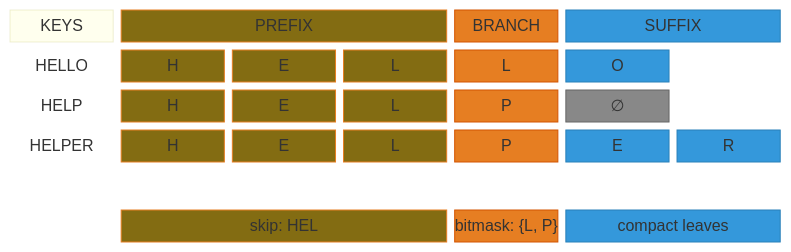
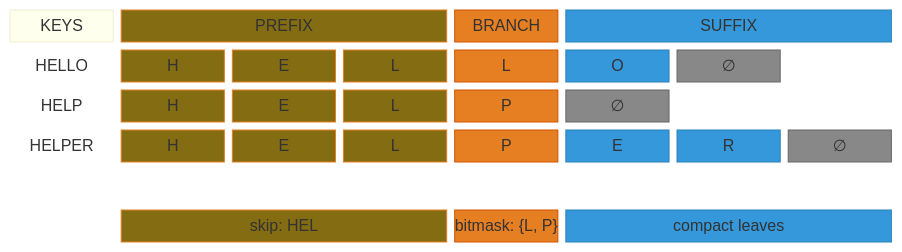
One commit to glennteitelbaum/KTRIE changed the fourth of 21 diagrams in ktrie.md. Above: the diagram before and after it, drawn with Mermaid. The commit also changed other lines of this file, not shown here.

````diff
--- a/ktrie.md
+++ b/ktrie.md
@@ -569,79 +569,82 @@
 ```mermaid
 block
-  columns 7
+  columns 8
 
   block:keys_lbl["KEYS"]:1
     space
   end
   block:pfx_lbl["PREFIX"]:3
     space
   end
   block:br_lbl["BRANCH"]:1
     space
   end
-  block:sfx_lbl["SUFFIX"]:2
+  block:sfx_lbl["SUFFIX"]:3
     space
   end
 
   block:k1_lbl["HELLO"]:1
     space
   end
-  h1["H"] e1["E"] l1["L"] b1["L"] s1_0["O"] s1_1[" "]
+  h1["H"] e1["E"] l1["L"] b1["L"] s1_0["O"] s1_1["∅"] s1_2[" "]
 
   block:k2_lbl["HELP"]:1
     space
   end
-  h2["H"] e2["E"] l2["L"] b2["P"] s2_0["∅"] s2_1[" "]
+  h2["H"] e2["E"] l2["L"] b2["P"] s2_0["∅"] s2_1[" "] s2_2[" "]
 
   block:k3_lbl["HELPER"]:1
     space
   end
-  h3["H"] e3["E"] l3["L"] b3["P"] s3_0["E"] s3_1["R"]
+  h3["H"] e3["E"] l3["L"] b3["P"] s3_0["E"] s3_1["R"] s3_2["∅"]
 
-  space:7
+  space:8
 
   block:struct_lbl[" "]:1
     space
   end
   block:skip_node["skip: HEL"]:3
     space
   end
   block:bm_node["bitmask: {L, P}"]:1
     space
   end
-  block:leaf_node["compact leaves"]:2
+  block:leaf_node["compact leaves"]:3
     space
   end
 
   style h1 fill:#836c12,color:#fff,stroke:#e67e22
   style e1 fill:#836c12,color:#fff,stroke:#e67e22
   style l1 fill:#836c12,color:#fff,stroke:#e67e22
   style b1 fill:#e67e22,color:#fff,stroke:#d35400
   style s1_0 fill:#3498db,color:#fff,stroke:#2980b9
-  style s1_1 fill:none,stroke:none
+  style s1_1 fill:#888,color:#fff,stroke:#666
+  style s1_2 fill:none,stroke:none
 
   style h2 fill:#836c12,color:#fff,stroke:#e67e22
   style e2 fill:#836c12,color:#fff,stroke:#e67e22
   style l2 fill:#836c12,color:#fff,stroke:#e67e22
   style b2 fill:#e67e22,color:#fff,stroke:#d35400
   style s2_0 fill:#888,color:#fff,stroke:#666
   style s2_1 fill:none,stroke:none
+  style s2_2 fill:none,stroke:none
 
   style h3 fill:#836c12,color:#fff,stroke:#e67e22
   style e3 fill:#836c12,color:#fff,stroke:#e67e22
   style l3 fill:#836c12,color:#fff,stroke:#e67e22
   style b3 fill:#e67e22,color:#fff,stroke:#d35400
   style s3_0 fill:#3498db,color:#fff,stroke:#2980b9
   style s3_1 fill:#3498db,color:#fff,stroke:#2980b9
+  style s3_2 fill:#888,color:#fff,stroke:#666
 
   style pfx_lbl fill:#836c12,color:#fff,stroke:#e67e22
   style br_lbl fill:#e67e22,color:#fff,stroke:#d35400
   style sfx_lbl fill:#3498db,color:#fff,stroke:#2980b9
   style skip_node fill:#836c12,color:#fff,stroke:#e67e22
   style bm_node fill:#e67e22,color:#fff,stroke:#d35400
   style leaf_node fill:#3498db,color:#fff,stroke:#2980b9
   style k1_lbl fill:none,color:#333,stroke:none
   style k2_lbl fill:none,color:#333,stroke:none
   style k3_lbl fill:none,color:#333,stroke:none
   style struct_lbl fill:none,stroke:none
 ```
````
